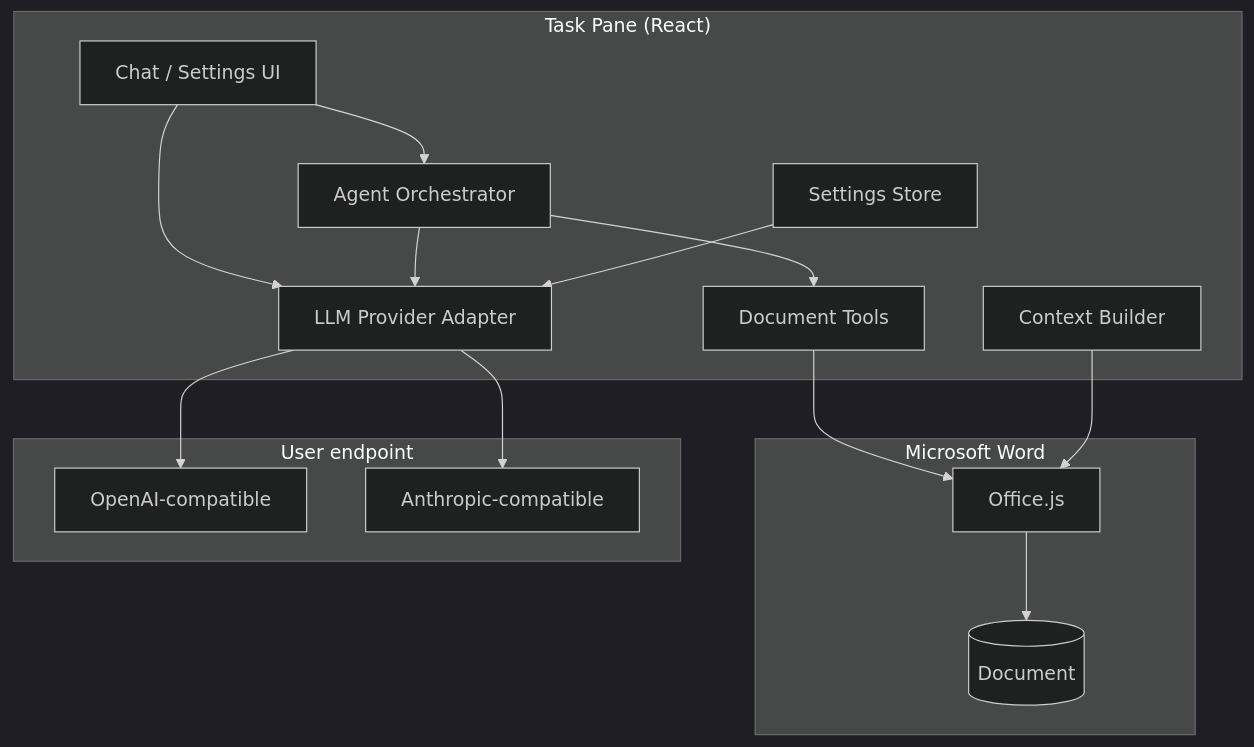
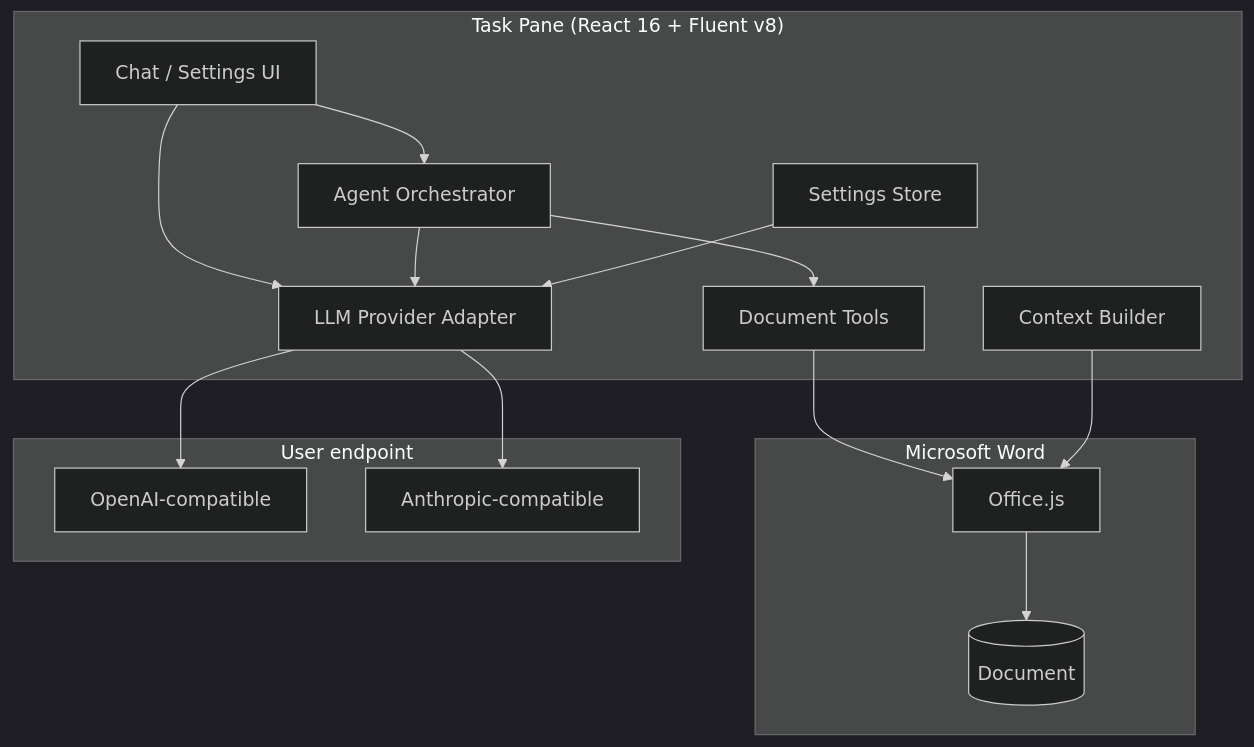
Before and after one commit to sabitm/msword-aichat: the diagram in AGENTS.md, drawn with Mermaid (dark theme). The commit also changed other lines of this file and 1 other file, not shown here.

````diff
--- a/AGENTS.md
+++ b/AGENTS.md
@@ -95,32 +97,32 @@
 ```mermaid
 flowchart TB
     subgraph Word["Microsoft Word"]
         OJS[Office.js]
         DOC[(Document)]
     end
 
-    subgraph Addin["Task Pane (React)"]
+    subgraph Addin["Task Pane (React 16 + Fluent v8)"]
         UI[Chat / Settings UI]
         CTX[Context Builder]
         AGT[Agent Orchestrator]
         TOOLS[Document Tools]
         PROV[LLM Provider Adapter]
         CFG[Settings Store]
     end
 
     subgraph API["User endpoint"]
         OAI[OpenAI-compatible]
         ANT[Anthropic-compatible]
     end
 
     UI --> PROV
     UI --> AGT
     AGT --> TOOLS
     AGT --> PROV
     TOOLS --> OJS
     CTX --> OJS
     OJS --> DOC
     PROV --> OAI
     PROV --> ANT
     CFG --> PROV
 ```
````
